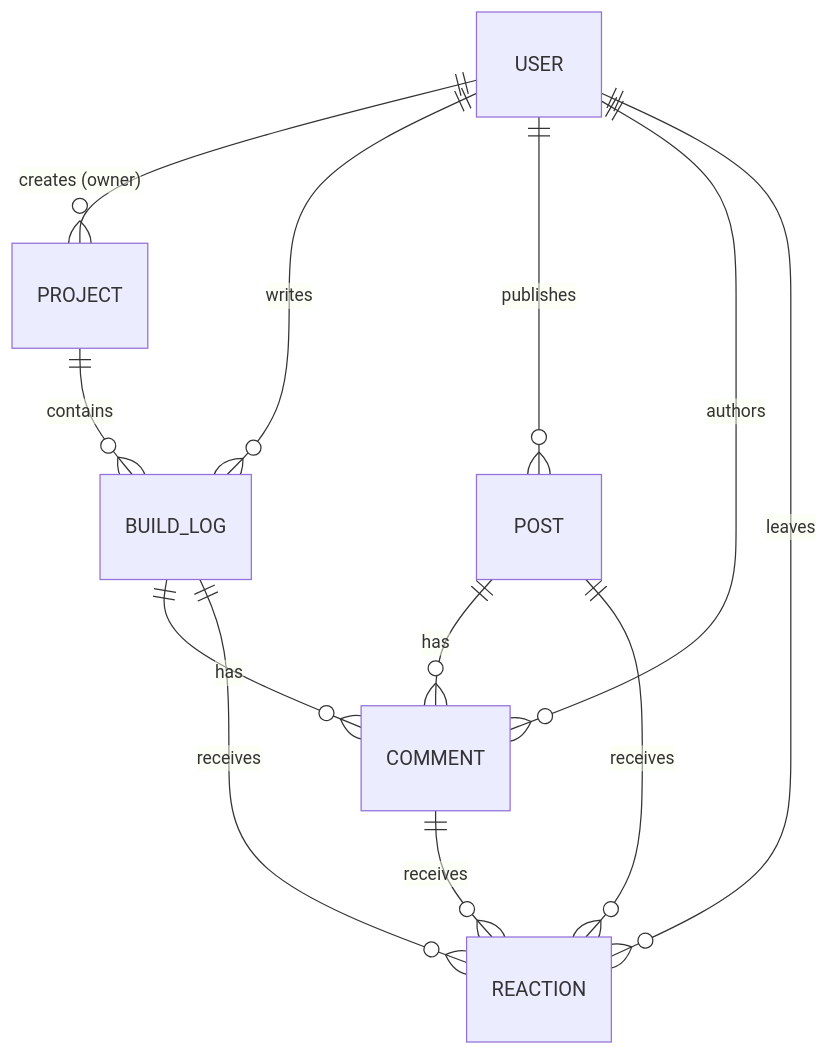
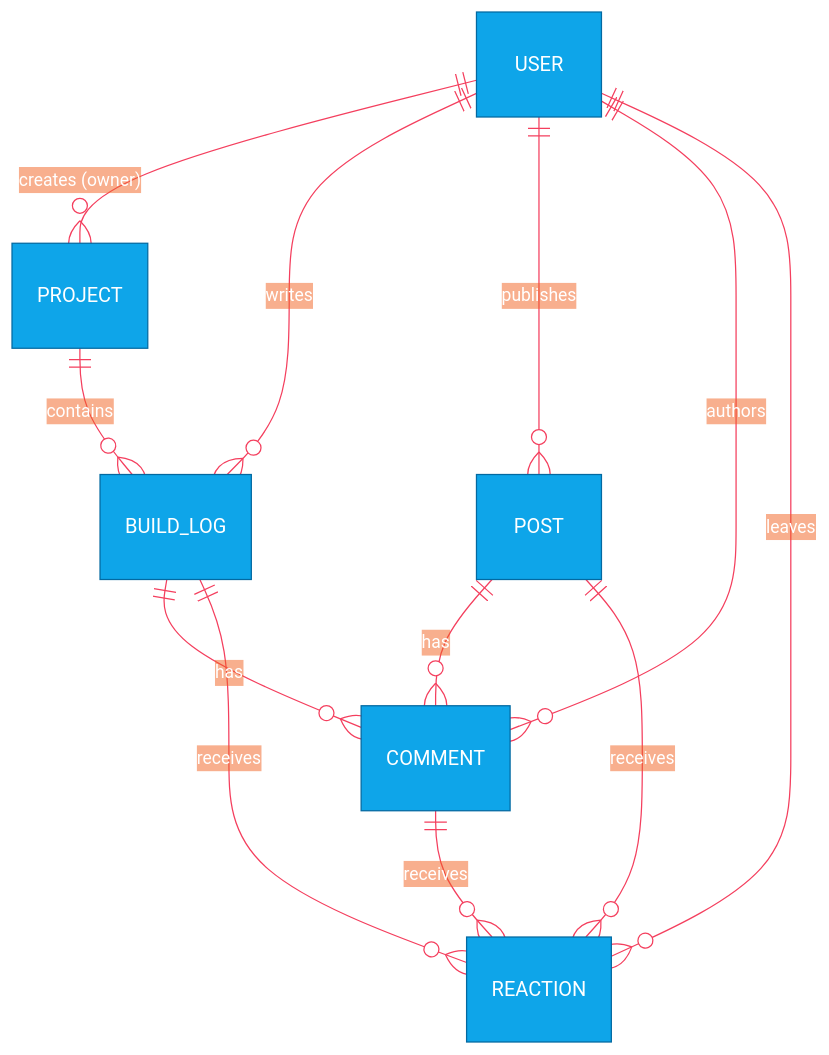
The diagram in docs/decisions/0001-postgres-over-mongodb.md (miteshanshu/DevForge), drawn with Mermaid before and after one commit. The commit also changed 2 other files, not shown here.

Commit message:
docs: add colorful themes to all mermaid diagrams

````diff
--- a/docs/decisions/0001-postgres-over-mongodb.md
+++ b/docs/decisions/0001-postgres-over-mongodb.md
@@ -21,17 +21,27 @@
 ```mermaid
+%%{init: {
+  "theme": "base",
+  "themeVariables": {
+    "primaryColor": "#0ea5e9",
+    "primaryTextColor": "#ffffff",
+    "primaryBorderColor": "#0369a1",
+    "lineColor": "#f43f5e",
+    "secondaryColor": "#8b5cf6"
+  }
+}}%%
 erDiagram
     USER ||--o{ PROJECT : "creates (owner)"
     USER ||--o{ BUILD_LOG : "writes"
     USER ||--o{ POST : "publishes"
     USER ||--o{ COMMENT : "authors"
     USER ||--o{ REACTION : "leaves"
 
     PROJECT ||--o{ BUILD_LOG : "contains"
     
     POST ||--o{ COMMENT : "has"
     BUILD_LOG ||--o{ COMMENT : "has"
 
     POST ||--o{ REACTION : "receives"
     BUILD_LOG ||--o{ REACTION : "receives"
     COMMENT ||--o{ REACTION : "receives"
 ```
````
